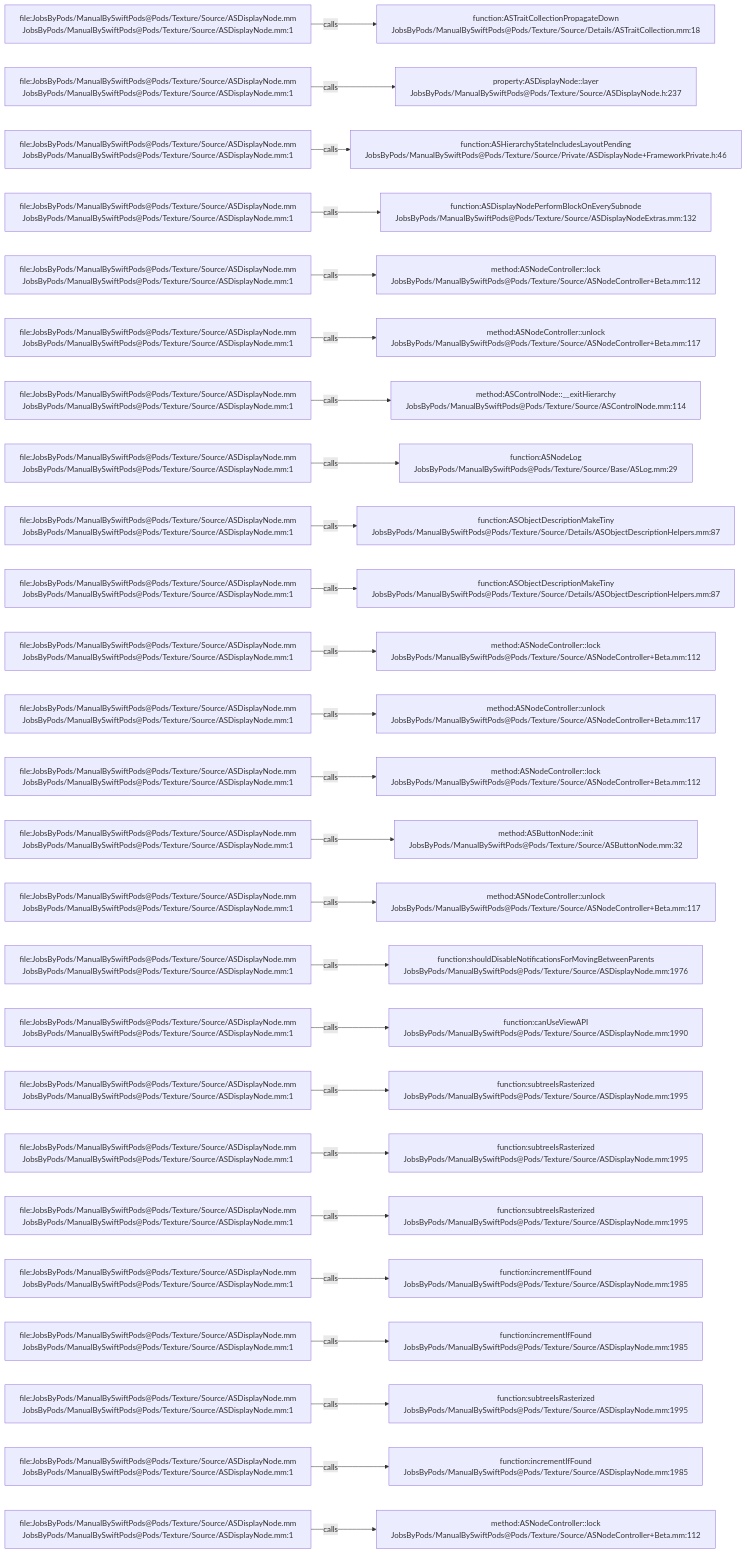
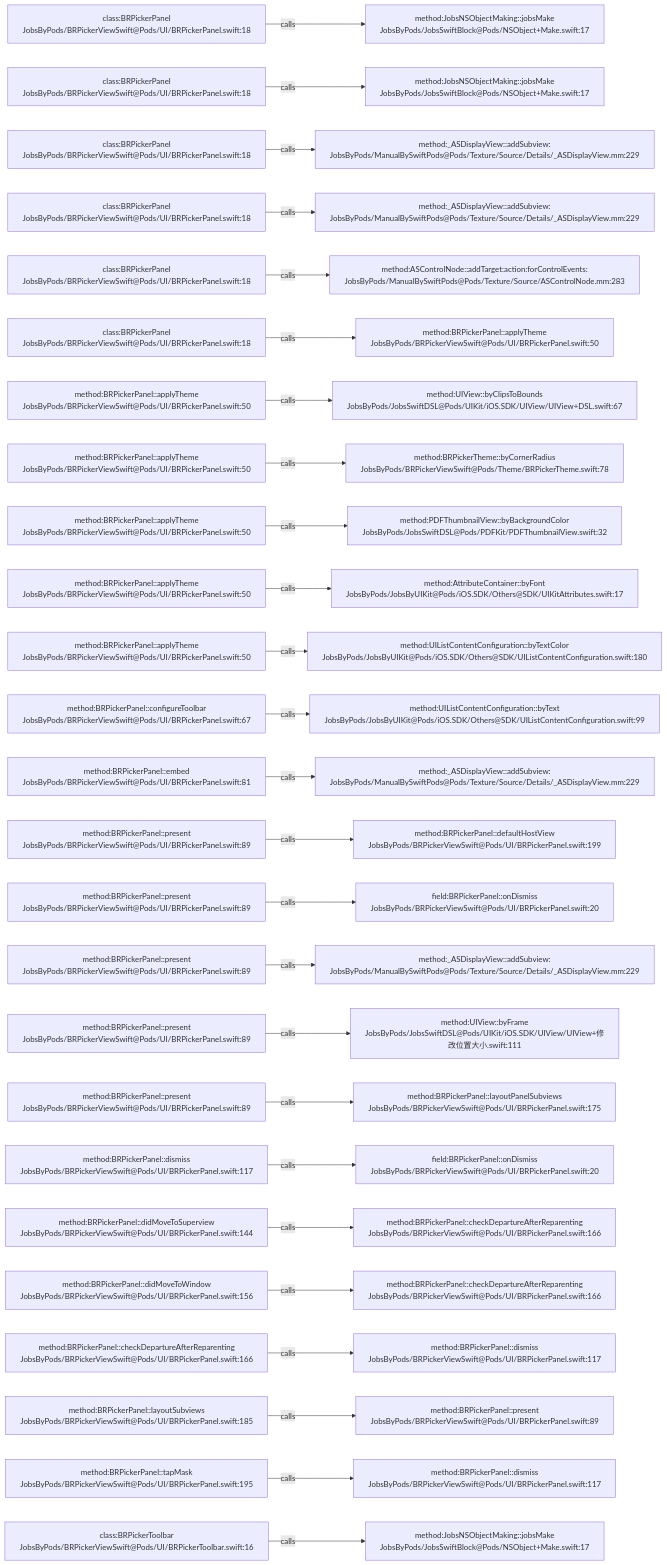
One commit to JobsKits/JobsSwiftBaseConfigDemo changed the diagram in .codegraph/codegraph.md/graphs/calls-032.md. Above: the diagram before and after it, drawn with Mermaid. The commit also changed 224 other files, not shown here.

````diff
--- a/.codegraph/codegraph.md/graphs/calls-032.md
+++ b/.codegraph/codegraph.md/graphs/calls-032.md
@@ -13,78 +13,78 @@
 ```mermaid
 flowchart LR
-  S1["file:JobsByPods/ManualBySwiftPods@Pods/Texture/Source/ASDisplayNode.mm<br/>JobsByPods/ManualBySwiftPods@Pods/Texture/Source/ASDisplayNode.mm:1"]
-  T1["function:ASTraitCollectionPropagateDown<br/>JobsByPods/ManualBySwiftPods@Pods/Texture/Source/Details/ASTraitCollection.mm:18"]
+  S1["class:BRPickerPanel<br/>JobsByPods/BRPickerViewSwift@Pods/UI/BRPickerPanel.swift:18"]
+  T1["method:JobsNSObjectMaking::jobsMake<br/>JobsByPods/JobsSwiftBlock@Pods/NSObject+Make.swift:17"]
   S1 -->|calls| T1
-  S2["file:JobsByPods/ManualBySwiftPods@Pods/Texture/Source/ASDisplayNode.mm<br/>JobsByPods/ManualBySwiftPods@Pods/Texture/Source/ASDisplayNode.mm:1"]
-  T2["property:ASDisplayNode::layer<br/>JobsByPods/ManualBySwiftPods@Pods/Texture/Source/ASDisplayNode.h:237"]
+  S2["class:BRPickerPanel<br/>JobsByPods/BRPickerViewSwift@Pods/UI/BRPickerPanel.swift:18"]
+  T2["method:JobsNSObjectMaking::jobsMake<br/>JobsByPods/JobsSwiftBlock@Pods/NSObject+Make.swift:17"]
   S2 -->|calls| T2
-  S3["file:JobsByPods/ManualBySwiftPods@Pods/Texture/Source/ASDisplayNode.mm<br/>JobsByPods/ManualBySwiftPods@Pods/Texture/Source/ASDisplayNode.mm:1"]
-  T3["function:ASHierarchyStateIncludesLayoutPending<br/>JobsByPods/ManualBySwiftPods@Pods/Texture/Source/Private/ASDisplayNode+FrameworkPrivate.h:46"]
+  S3["class:BRPickerPanel<br/>JobsByPods/BRPickerViewSwift@Pods/UI/BRPickerPanel.swift:18"]
+  T3["method:_ASDisplayView::addSubview:<br/>JobsByPods/ManualBySwiftPods@Pods/Texture/Source/Details/_ASDisplayView.mm:229"]
   S3 -->|calls| T3
-  S4["file:JobsByPods/ManualBySwiftPods@Pods/Texture/Source/ASDisplayNode.mm<br/>JobsByPods/ManualBySwiftPods@Pods/Texture/Source/ASDisplayNode.mm:1"]
-  T4["function:ASDisplayNodePerformBlockOnEverySubnode<br/>JobsByPods/ManualBySwiftPods@Pods/Texture/Source/ASDisplayNodeExtras.mm:132"]
+  S4["class:BRPickerPanel<br/>JobsByPods/BRPickerViewSwift@Pods/UI/BRPickerPanel.swift:18"]
+  T4["method:_ASDisplayView::addSubview:<br/>JobsByPods/ManualBySwiftPods@Pods/Texture/Source/Details/_ASDisplayView.mm:229"]
   S4 -->|calls| T4
-  S5["file:JobsByPods/ManualBySwiftPods@Pods/Texture/Source/ASDisplayNode.mm<br/>JobsByPods/ManualBySwiftPods@Pods/Texture/Source/ASDisplayNode.mm:1"]
-  T5["method:ASNodeController::lock<br/>JobsByPods/ManualBySwiftPods@Pods/Texture/Source/ASNodeController+Beta.mm:112"]
+  S5["class:BRPickerPanel<br/>JobsByPods/BRPickerViewSwift@Pods/UI/BRPickerPanel.swift:18"]
+  T5["method:ASControlNode::addTarget:action:forControlEvents:<br/>JobsByPods/ManualBySwiftPods@Pods/Texture/Source/ASControlNode.mm:283"]
   S5 -->|calls| T5
-  S6["file:JobsByPods/ManualBySwiftPods@Pods/Texture/Source/ASDisplayNode.mm<br/>JobsByPods/ManualBySwiftPods@Pods/Texture/Source/ASDisplayNode.mm:1"]
-  T6["method:ASNodeController::unlock<br/>JobsByPods/ManualBySwiftPods@Pods/Texture/Source/ASNodeController+Beta.mm:117"]
+  S6["class:BRPickerPanel<br/>JobsByPods/BRPickerViewSwift@Pods/UI/BRPickerPanel.swift:18"]
+  T6["method:BRPickerPanel::applyTheme<br/>JobsByPods/BRPickerViewSwift@Pods/UI/BRPickerPanel.swift:50"]
   S6 -->|calls| T6
-  S7["file:JobsByPods/ManualBySwiftPods@Pods/Texture/Source/ASDisplayNode.mm<br/>JobsByPods/ManualBySwiftPods@Pods/Texture/Source/ASDisplayNode.mm:1"]
-  T7["method:ASControlNode::__exitHierarchy<br/>JobsByPods/ManualBySwiftPods@Pods/Texture/Source/ASControlNode.mm:114"]
+  S7["method:BRPickerPanel::applyTheme<br/>JobsByPods/BRPickerViewSwift@Pods/UI/BRPickerPanel.swift:50"]
+  T7["method:UIView::byClipsToBounds<br/>JobsByPods/JobsSwiftDSL@Pods/UIKit/iOS.SDK/UIView/UIView+DSL.swift:67"]
   S7 -->|calls| T7
-  S8["file:JobsByPods/ManualBySwiftPods@Pods/Texture/Source/ASDisplayNode.mm<br/>JobsByPods/ManualBySwiftPods@Pods/Texture/Source/ASDisplayNode.mm:1"]
-  T8["function:ASNodeLog<br/>JobsByPods/ManualBySwiftPods@Pods/Texture/Source/Base/ASLog.mm:29"]
+  S8["method:BRPickerPanel::applyTheme<br/>JobsByPods/BRPickerViewSwift@Pods/UI/BRPickerPanel.swift:50"]
+  T8["method:BRPickerTheme::byCornerRadius<br/>JobsByPods/BRPickerViewSwift@Pods/Theme/BRPickerTheme.swift:78"]
   S8 -->|calls| T8
-  S9["file:JobsByPods/ManualBySwiftPods@Pods/Texture/Source/ASDisplayNode.mm<br/>JobsByPods/ManualBySwiftPods@Pods/Texture/Source/ASDisplayNode.mm:1"]
-  T9["function:ASObjectDescriptionMakeTiny<br/>JobsByPods/ManualBySwiftPods@Pods/Texture/Source/Details/ASObjectDescriptionHelpers.mm:87"]
+  S9["method:BRPickerPanel::applyTheme<br/>JobsByPods/BRPickerViewSwift@Pods/UI/BRPickerPanel.swift:50"]
+  T9["method:PDFThumbnailView::byBackgroundColor<br/>JobsByPods/JobsSwiftDSL@Pods/PDFKit/PDFThumbnailView.swift:32"]
   S9 -->|calls| T9
-  S10["file:JobsByPods/ManualBySwiftPods@Pods/Texture/Source/ASDisplayNode.mm<br/>JobsByPods/ManualBySwiftPods@Pods/Texture/Source/ASDisplayNode.mm:1"]
-  T10["function:ASObjectDescriptionMakeTiny<br/>JobsByPods/ManualBySwiftPods@Pods/Texture/Source/Details/ASObjectDescriptionHelpers.mm:87"]
+  S10["method:BRPickerPanel::applyTheme<br/>JobsByPods/BRPickerViewSwift@Pods/UI/BRPickerPanel.swift:50"]
+  T10["method:AttributeContainer::byFont<br/>JobsByPods/JobsByUIKit@Pods/iOS.SDK/Others@SDK/UIKitAttributes.swift:17"]
   S10 -->|calls| T10
-  S11["file:JobsByPods/ManualBySwiftPods@Pods/Texture/Source/ASDisplayNode.mm<br/>JobsByPods/ManualBySwiftPods@Pods/Texture/Source/ASDisplayNode.mm:1"]
-  T11["method:ASNodeController::lock<br/>JobsByPods/ManualBySwiftPods@Pods/Texture/Source/ASNodeController+Beta.mm:112"]
+  S11["method:BRPickerPanel::applyTheme<br/>JobsByPods/BRPickerViewSwift@Pods/UI/BRPickerPanel.swift:50"]
+  T11["method:UIListContentConfiguration::byTextColor<br/>JobsByPods/JobsByUIKit@Pods/iOS.SDK/Others@SDK/UIListContentConfiguration.swift:180"]
   S11 -->|calls| T11
-  S12["file:JobsByPods/ManualBySwiftPods@Pods/Texture/Source/ASDisplayNode.mm<br/>JobsByPods/ManualBySwiftPods@Pods/Texture/Source/ASDisplayNode.mm:1"]
-  T12["method:ASNodeController::unlock<br/>JobsByPods/ManualBySwiftPods@Pods/Texture/Source/ASNodeController+Beta.mm:117"]
+  S12["method:BRPickerPanel::configureToolbar<br/>JobsByPods/BRPickerViewSwift@Pods/UI/BRPickerPanel.swift:67"]
+  T12["method:UIListContentConfiguration::byText<br/>JobsByPods/JobsByUIKit@Pods/iOS.SDK/Others@SDK/UIListContentConfiguration.swift:99"]
   S12 -->|calls| T12
-  S13["file:JobsByPods/ManualBySwiftPods@Pods/Texture/Source/ASDisplayNode.mm<br/>JobsByPods/ManualBySwiftPods@Pods/Texture/Source/ASDisplayNode.mm:1"]
-  T13["method:ASNodeController::lock<br/>JobsByPods/ManualBySwiftPods@Pods/Texture/Source/ASNodeController+Beta.mm:112"]
+  S13["method:BRPickerPanel::embed<br/>JobsByPods/BRPickerViewSwift@Pods/UI/BRPickerPanel.swift:81"]
+  T13["method:_ASDisplayView::addSubview:<br/>JobsByPods/ManualBySwiftPods@Pods/Texture/Source/Details/_ASDisplayView.mm:229"]
   S13 -->|calls| T13
-  S14["file:JobsByPods/ManualBySwiftPods@Pods/Texture/Source/ASDisplayNode.mm<br/>JobsByPods/ManualBySwiftPods@Pods/Texture/Source/ASDisplayNode.mm:1"]
-  T14["method:ASButtonNode::init<br/>JobsByPods/ManualBySwiftPods@Pods/Texture/Source/ASButtonNode.mm:32"]
+  S14["method:BRPickerPanel::present<br/>JobsByPods/BRPickerViewSwift@Pods/UI/BRPickerPanel.swift:89"]
+  T14["method:BRPickerPanel::defaultHostView<br/>JobsByPods/BRPickerViewSwift@Pods/UI/BRPickerPanel.swift:199"]
   S14 -->|calls| T14
-  S15["file:JobsByPods/ManualBySwiftPods@Pods/Texture/Source/ASDisplayNode.mm<br/>JobsByPods/ManualBySwiftPods@Pods/Texture/Source/ASDisplayNode.mm:1"]
-  T15["method:ASNodeController::unlock<br/>JobsByPods/ManualBySwiftPods@Pods/Texture/Source/ASNodeController+Beta.mm:117"]
+  S15["method:BRPickerPanel::present<br/>JobsByPods/BRPickerViewSwift@Pods/UI/BRPickerPanel.swift:89"]
+  T15["field:BRPickerPanel::onDismiss<br/>JobsByPods/BRPickerViewSwift@Pods/UI/BRPickerPanel.swift:20"]
   S15 -->|calls| T15
-  S16["file:JobsByPods/ManualBySwiftPods@Pods/Texture/Source/ASDisplayNode.mm<br/>JobsByPods/ManualBySwiftPods@Pods/Texture/Source/ASDisplayNode.mm:1"]
-  T16["function:shouldDisableNotificationsForMovingBetweenParents<br/>JobsByPods/ManualBySwiftPods@Pods/Texture/Source/ASDisplayNode.mm:1976"]
+  S16["method:BRPickerPanel::present<br/>JobsByPods/BRPickerViewSwift@Pods/UI/BRPickerPanel.swift:89"]
+  T16["method:_ASDisplayView::addSubview:<br/>JobsByPods/ManualBySwiftPods@Pods/Texture/Source/Details/_ASDisplayView.mm:229"]
   S16 -->|calls| T16
-  S17["file:JobsByPods/ManualBySwiftPods@Pods/Texture/Source/ASDisplayNode.mm<br/>JobsByPods/ManualBySwiftPods@Pods/Texture/Source/ASDisplayNode.mm:1"]
-  T17["function:canUseViewAPI<br/>JobsByPods/ManualBySwiftPods@Pods/Texture/Source/ASDisplayNode.mm:1990"]
+  S17["method:BRPickerPanel::present<br/>JobsByPods/BRPickerViewSwift@Pods/UI/BRPickerPanel.swift:89"]
+  T17["method:UIView::byFrame<br/>JobsByPods/JobsSwiftDSL@Pods/UIKit/iOS.SDK/UIView/UIView+修改位置大小.swift:111"]
   S17 -->|calls| T17
-  S18["file:JobsByPods/ManualBySwiftPods@Pods/Texture/Source/ASDisplayNode.mm<br/>JobsByPods/ManualBySwiftPods@Pods/Texture/Source/ASDisplayNode.mm:1"]
-  T18["function:subtreeIsRasterized<br/>JobsByPods/ManualBySwiftPods@Pods/Texture/Source/ASDisplayNode.mm:1995"]
+  S18["method:BRPickerPanel::present<br/>JobsByPods/BRPickerViewSwift@Pods/UI/BRPickerPanel.swift:89"]
+  T18["method:BRPickerPanel::layoutPanelSubviews<br/>JobsByPods/BRPickerViewSwift@Pods/UI/BRPickerPanel.swift:175"]
   S18 -->|calls| T18
-  S19["file:JobsByPods/ManualBySwiftPods@Pods/Texture/Source/ASDisplayNode.mm<br/>JobsByPods/ManualBySwiftPods@Pods/Texture/Source/ASDisplayNode.mm:1"]
-  T19["function:subtreeIsRasterized<br/>JobsByPods/ManualBySwiftPods@Pods/Texture/Source/ASDisplayNode.mm:1995"]
+  S19["method:BRPickerPanel::dismiss<br/>JobsByPods/BRPickerViewSwift@Pods/UI/BRPickerPanel.swift:117"]
+  T19["field:BRPickerPanel::onDismiss<br/>JobsByPods/BRPickerViewSwift@Pods/UI/BRPickerPanel.swift:20"]
   S19 -->|calls| T19
-  S20["file:JobsByPods/ManualBySwiftPods@Pods/Texture/Source/ASDisplayNode.mm<br/>JobsByPods/ManualBySwiftPods@Pods/Texture/Source/ASDisplayNode.mm:1"]
-  T20["function:subtreeIsRasterized<br/>JobsByPods/ManualBySwiftPods@Pods/Texture/Source/ASDisplayNode.mm:1995"]
+  S20["method:BRPickerPanel::didMoveToSuperview<br/>JobsByPods/BRPickerViewSwift@Pods/UI/BRPickerPanel.swift:144"]
+  T20["method:BRPickerPanel::checkDepartureAfterReparenting<br/>JobsByPods/BRPickerViewSwift@Pods/UI/BRPickerPanel.swift:166"]
   S20 -->|calls| T20
-  S21["file:JobsByPods/ManualBySwiftPods@Pods/Texture/Source/ASDisplayNode.mm<br/>JobsByPods/ManualBySwiftPods@Pods/Texture/Source/ASDisplayNode.mm:1"]
-  T21["function:incrementIfFound<br/>JobsByPods/ManualBySwiftPods@Pods/Texture/Source/ASDisplayNode.mm:1985"]
+  S21["method:BRPickerPanel::didMoveToWindow<br/>JobsByPods/BRPickerViewSwift@Pods/UI/BRPickerPanel.swift:156"]
+  T21["method:BRPickerPanel::checkDepartureAfterReparenting<br/>JobsByPods/BRPickerViewSwift@Pods/UI/BRPickerPanel.swift:166"]
   S21 -->|calls| T21
-  S22["file:JobsByPods/ManualBySwiftPods@Pods/Texture/Source/ASDisplayNode.mm<br/>JobsByPods/ManualBySwiftPods@Pods/Texture/Source/ASDisplayNode.mm:1"]
-  T22["function:incrementIfFound<br/>JobsByPods/ManualBySwiftPods@Pods/Texture/Source/ASDisplayNode.mm:1985"]
+  S22["method:BRPickerPanel::checkDepartureAfterReparenting<br/>JobsByPods/BRPickerViewSwift@Pods/UI/BRPickerPanel.swift:166"]
+  T22["method:BRPickerPanel::dismiss<br/>JobsByPods/BRPickerViewSwift@Pods/UI/BRPickerPanel.swift:117"]
   S22 -->|calls| T22
-  S23["file:JobsByPods/ManualBySwiftPods@Pods/Texture/Source/ASDisplayNode.mm<br/>JobsByPods/ManualBySwiftPods@Pods/Texture/Source/ASDisplayNode.mm:1"]
-  T23["function:subtreeIsRasterized<br/>JobsByPods/ManualBySwiftPods@Pods/Texture/Source/ASDisplayNode.mm:1995"]
+  S23["method:BRPickerPanel::layoutSubviews<br/>JobsByPods/BRPickerViewSwift@Pods/UI/BRPickerPanel.swift:185"]
+  T23["method:BRPickerPanel::present<br/>JobsByPods/BRPickerViewSwift@Pods/UI/BRPickerPanel.swift:89"]
   S23 -->|calls| T23
-  S24["file:JobsByPods/ManualBySwiftPods@Pods/Texture/Source/ASDisplayNode.mm<br/>JobsByPods/ManualBySwiftPods@Pods/Texture/Source/ASDisplayNode.mm:1"]
-  T24["function:incrementIfFound<br/>JobsByPods/ManualBySwiftPods@Pods/Texture/Source/ASDisplayNode.mm:1985"]
+  S24["method:BRPickerPanel::tapMask<br/>JobsByPods/BRPickerViewSwift@Pods/UI/BRPickerPanel.swift:195"]
+  T24["method:BRPickerPanel::dismiss<br/>JobsByPods/BRPickerViewSwift@Pods/UI/BRPickerPanel.swift:117"]
   S24 -->|calls| T24
-  S25["file:JobsByPods/ManualBySwiftPods@Pods/Texture/Source/ASDisplayNode.mm<br/>JobsByPods/ManualBySwiftPods@Pods/Texture/Source/ASDisplayNode.mm:1"]
-  T25["method:ASNodeController::lock<br/>JobsByPods/ManualBySwiftPods@Pods/Texture/Source/ASNodeController+Beta.mm:112"]
+  S25["class:BRPickerToolbar<br/>JobsByPods/BRPickerViewSwift@Pods/UI/BRPickerToolbar.swift:16"]
+  T25["method:JobsNSObjectMaking::jobsMake<br/>JobsByPods/JobsSwiftBlock@Pods/NSObject+Make.swift:17"]
   S25 -->|calls| T25
 ```
````
